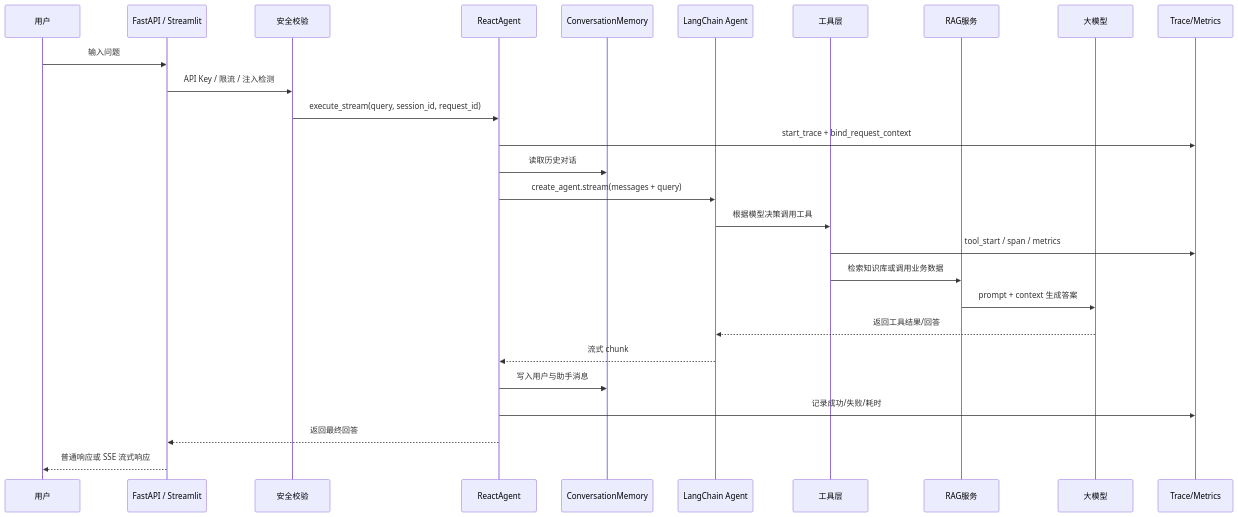
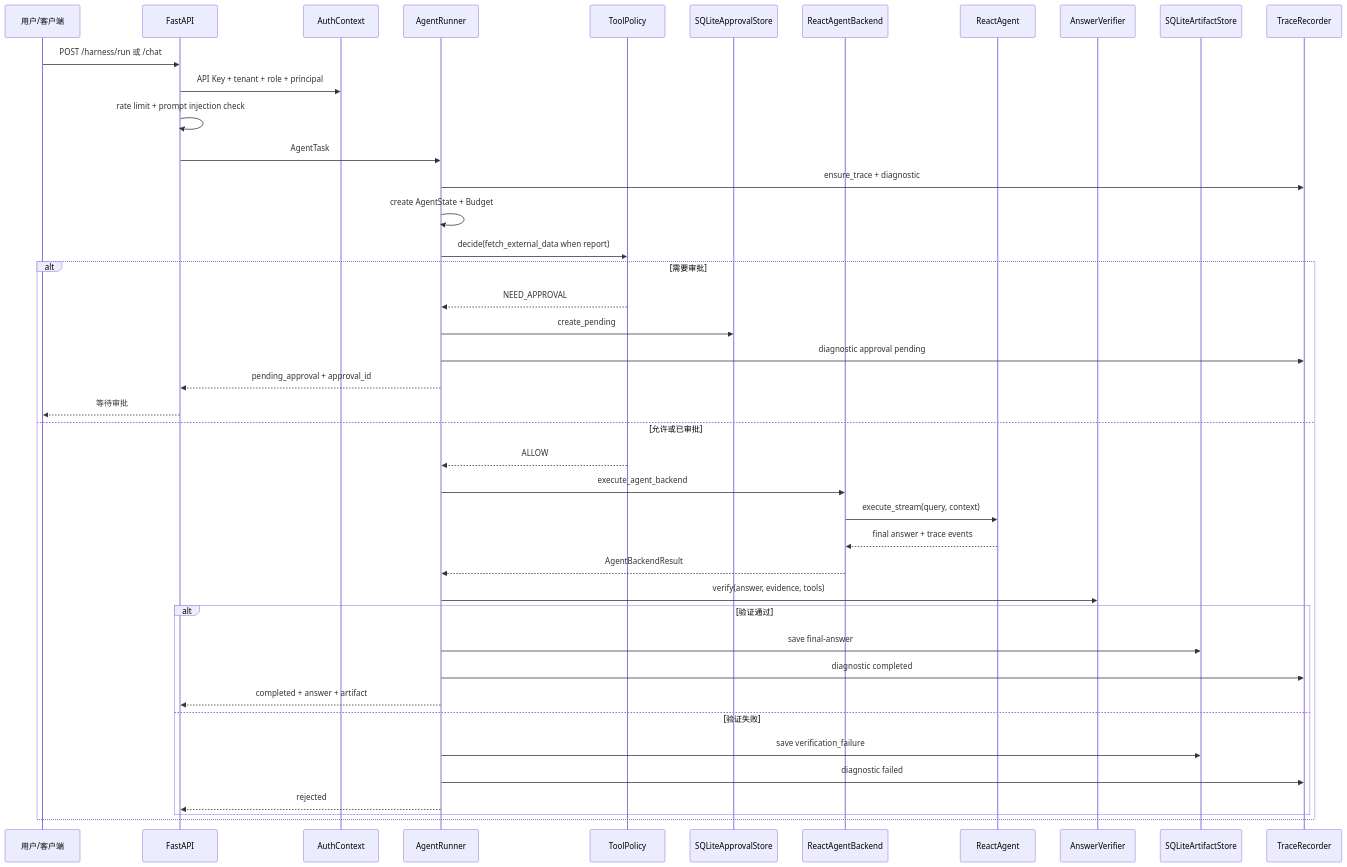
The fourth of 20 diagrams in README.md (sleeping-Zack/agentproject), drawn with Mermaid before and after one commit. The commit also changed other lines of this file, not shown here.

Commit message:
docs: refresh architecture diagrams for harness control layer

````diff
--- a/README.md
+++ b/README.md
@@ -174,30 +254,46 @@
 ```mermaid
 sequenceDiagram
-    participant User as 用户
-    participant API as FastAPI / Streamlit
-    participant Sec as 安全校验
+    participant User as 用户/客户端
+    participant API as FastAPI
+    participant Auth as AuthContext
+    participant Runner as AgentRunner
+    participant Policy as ToolPolicy
+    participant Approval as SQLiteApprovalStore
+    participant Backend as ReactAgentBackend
     participant Agent as ReactAgent
-    participant Memory as ConversationMemory
-    participant LC as LangChain Agent
-    participant Tool as 工具层
-    participant RAG as RAG服务
-    participant Model as 大模型
-    participant Trace as Trace/Metrics
+    participant Verifier as AnswerVerifier
+    participant Artifact as SQLiteArtifactStore
+    participant Trace as TraceRecorder
 
-    User->>API: 输入问题
-    API->>Sec: API Key / 限流 / 注入检测
-    Sec->>Agent: execute_stream(query, session_id, request_id)
-    Agent->>Trace: start_trace + bind_request_context
-    Agent->>Memory: 读取历史对话
-    Agent->>LC: create_agent.stream(messages + query)
-    LC->>Tool: 根据模型决策调用工具
-    Tool->>Trace: tool_start / span / metrics
-    Tool->>RAG: 检索知识库或调用业务数据
-    RAG->>Model: prompt + context 生成答案
-    Model-->>LC: 返回工具结果/回答
-    LC-->>Agent: 流式 chunk
-    Agent->>Memory: 写入用户与助手消息
-    Agent->>Trace: 记录成功/失败/耗时
-    Agent-->>API: 返回最终回答
-    API-->>User: 普通响应或 SSE 流式响应
+    User->>API: POST /harness/run 或 /chat
+    API->>Auth: API Key + tenant + role + principal
+    API->>API: rate limit + prompt injection check
+    API->>Runner: AgentTask
+    Runner->>Trace: ensure_trace + diagnostic
+    Runner->>Runner: create AgentState + Budget
+    Runner->>Policy: decide(fetch_external_data when report)
+
+    alt 需要审批
+        Policy-->>Runner: NEED_APPROVAL
+        Runner->>Approval: create_pending
+        Runner->>Trace: diagnostic approval pending
+        Runner-->>API: pending_approval + approval_id
+        API-->>User: 等待审批
+    else 允许或已审批
+        Policy-->>Runner: ALLOW
+        Runner->>Backend: execute_agent_backend
+        Backend->>Agent: execute_stream(query, context)
+        Agent-->>Backend: final answer + trace events
+        Backend-->>Runner: AgentBackendResult
+        Runner->>Verifier: verify(answer, evidence, tools)
+        alt 验证通过
+            Runner->>Artifact: save final-answer
+            Runner->>Trace: diagnostic completed
+            Runner-->>API: completed + answer + artifact
+        else 验证失败
+            Runner->>Artifact: save verification_failure
+            Runner->>Trace: diagnostic failed
+            Runner-->>API: rejected
+        end
+    end
 ```
````
